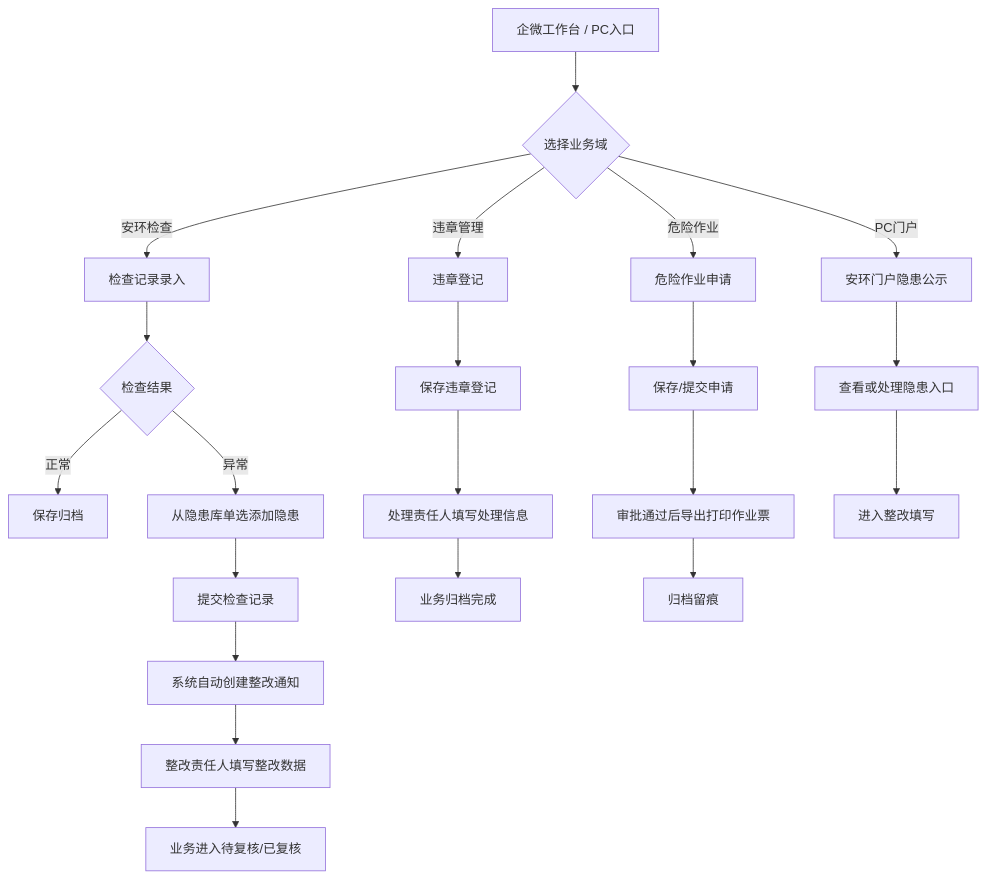
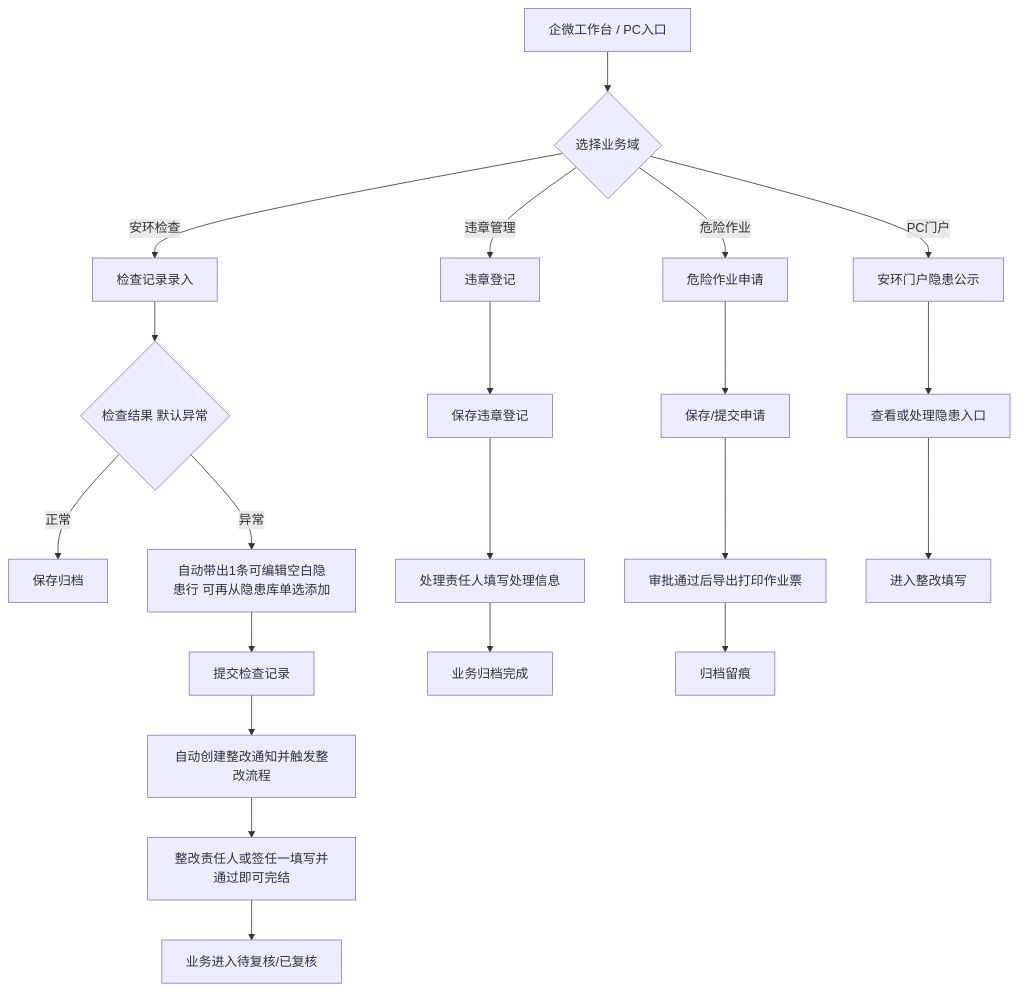
The first of 10 diagrams in docs/versions/v1.0.0/prd.md (liaoliao66/SES), drawn with Mermaid before and after one commit. The commit also changed other lines of this file and 2 other files, not shown here.

````diff
--- a/docs/versions/v1.0.0/prd.md
+++ b/docs/versions/v1.0.0/prd.md
@@ -99,27 +99,27 @@
 ```mermaid
 flowchart TD
   Start[企微工作台 / PC入口] --> Domain{选择业务域}
   Domain -->|安环检查| Check[检查记录录入]
   Domain -->|违章管理| Viol[违章登记]
   Domain -->|危险作业| Permit[危险作业申请]
   Domain -->|PC门户| Portal[安环门户隐患公示]
 
-  Check --> Result{检查结果}
+  Check --> Result{检查结果 默认异常}
   Result -->|正常| ArchiveOK[保存归档]
-  Result -->|异常| Haz[从隐患库单选添加隐患]
+  Result -->|异常| Haz[自动带出1条可编辑空白隐患行 可再从隐患库单选添加]
   Haz --> SubmitChk[提交检查记录]
-  SubmitChk --> AutoRect[系统自动创建整改通知]
-  AutoRect --> FillRect[整改责任人填写整改数据]
+  SubmitChk --> AutoRect[自动创建整改通知并触发整改流程]
+  AutoRect --> FillRect[整改责任人或签任一填写并通过即可完结]
   FillRect --> Review[业务进入待复核/已复核]
 
   Viol --> SaveV[保存违章登记]
   SaveV --> HandleV[处理责任人填写处理信息]
   HandleV --> DoneV[业务归档完成]
 
   Permit --> SaveP[保存/提交申请]
   SaveP --> Ticket[审批通过后导出打印作业票]
   Ticket --> EndP[归档留痕]
 
   Portal --> ViewOrHandle[查看或处理隐患入口]
   ViewOrHandle --> PortalFill[进入整改填写]
 ```
````
